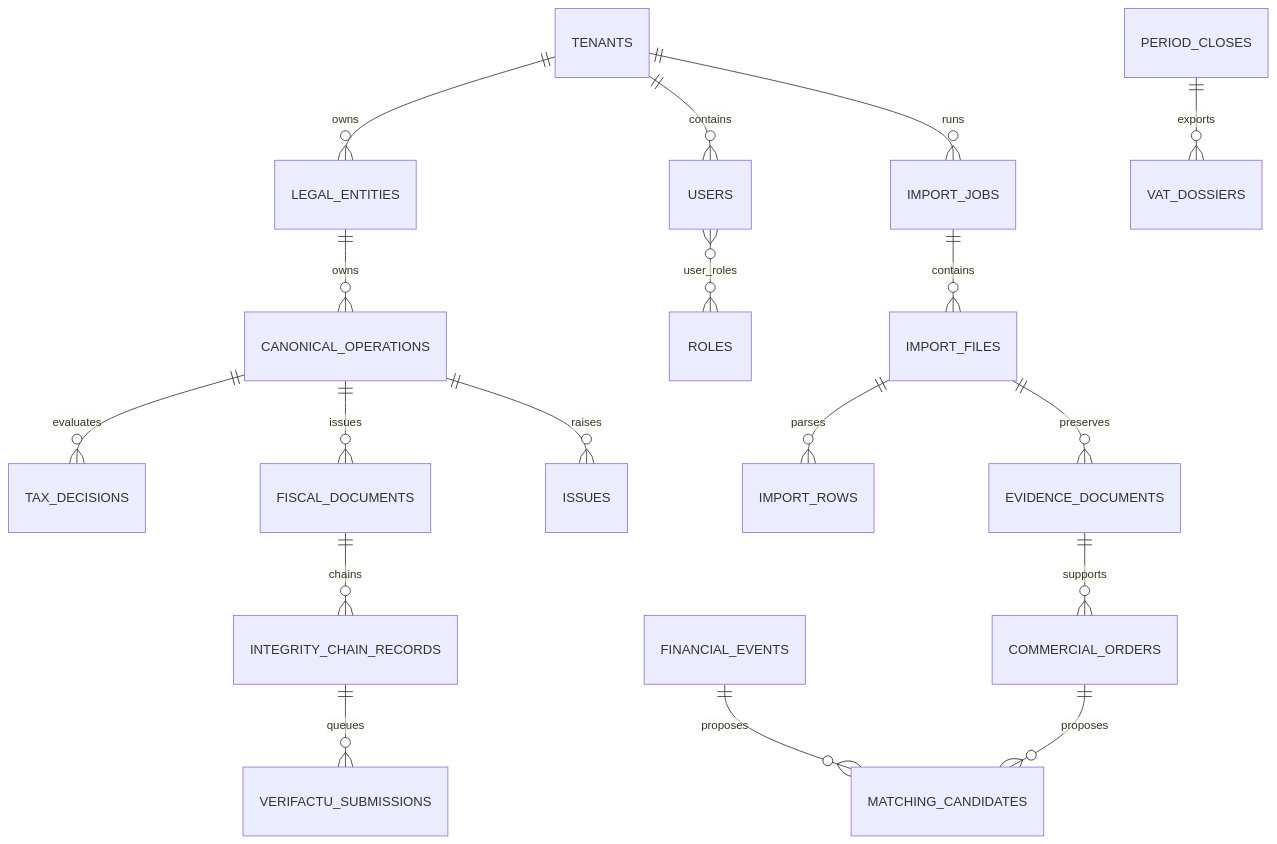
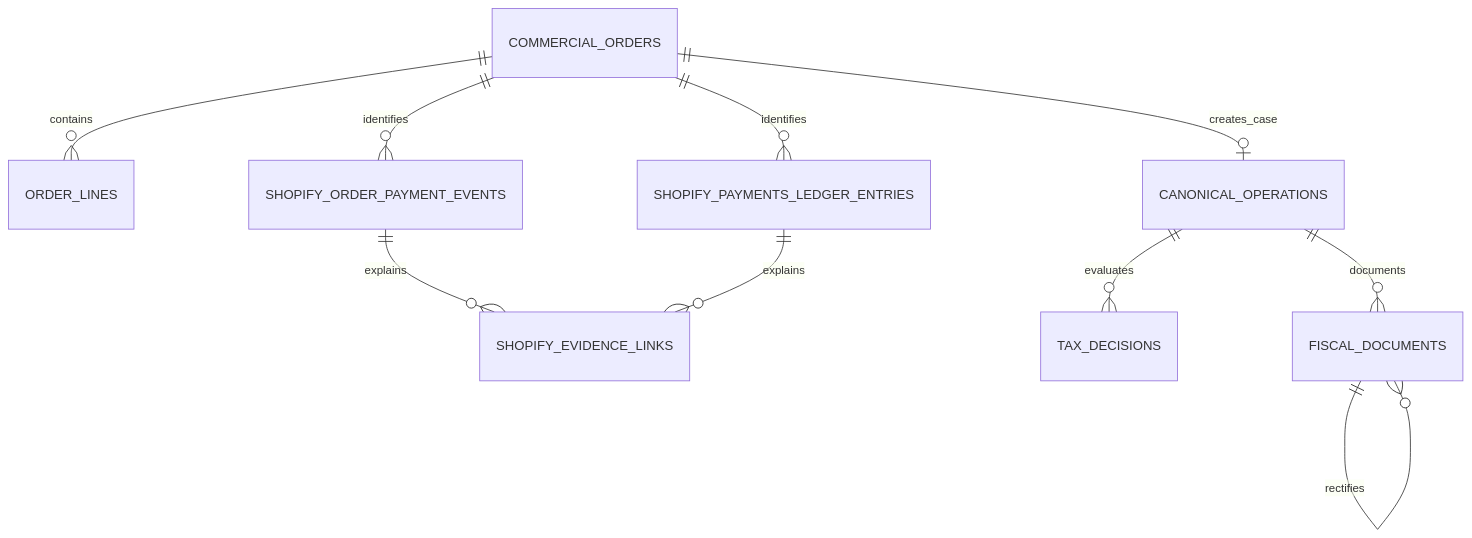
The diagram in docs/data-model.md (ToniIAPro73/anclora-fiscal), drawn with Mermaid before and after one commit. The commit also changed other lines of this file and 16 other files, not shown here.

Commit message:
docs(fiscal): shopify-07 - verify Shopify three-evidence workflow

````diff
--- a/docs/data-model.md
+++ b/docs/data-model.md
@@ -25,20 +25,12 @@
 ```mermaid
 erDiagram
-  TENANTS ||--o{ LEGAL_ENTITIES : owns
-  TENANTS ||--o{ USERS : contains
-  USERS }o--o{ ROLES : user_roles
-  TENANTS ||--o{ IMPORT_JOBS : runs
-  IMPORT_JOBS ||--o{ IMPORT_FILES : contains
-  IMPORT_FILES ||--o{ IMPORT_ROWS : parses
-  IMPORT_FILES ||--o{ EVIDENCE_DOCUMENTS : preserves
-  EVIDENCE_DOCUMENTS ||--o{ COMMERCIAL_ORDERS : supports
-  COMMERCIAL_ORDERS ||--o{ MATCHING_CANDIDATES : proposes
-  FINANCIAL_EVENTS ||--o{ MATCHING_CANDIDATES : proposes
-  LEGAL_ENTITIES ||--o{ CANONICAL_OPERATIONS : owns
+  COMMERCIAL_ORDERS ||--o{ ORDER_LINES : contains
+  COMMERCIAL_ORDERS ||--o{ SHOPIFY_ORDER_PAYMENT_EVENTS : identifies
+  COMMERCIAL_ORDERS ||--o{ SHOPIFY_PAYMENTS_LEDGER_ENTRIES : identifies
+  SHOPIFY_ORDER_PAYMENT_EVENTS ||--o{ SHOPIFY_EVIDENCE_LINKS : explains
+  SHOPIFY_PAYMENTS_LEDGER_ENTRIES ||--o{ SHOPIFY_EVIDENCE_LINKS : explains
+  COMMERCIAL_ORDERS ||--o| CANONICAL_OPERATIONS : creates_case
   CANONICAL_OPERATIONS ||--o{ TAX_DECISIONS : evaluates
-  CANONICAL_OPERATIONS ||--o{ FISCAL_DOCUMENTS : issues
-  CANONICAL_OPERATIONS ||--o{ ISSUES : raises
-  FISCAL_DOCUMENTS ||--o{ INTEGRITY_CHAIN_RECORDS : chains
-  INTEGRITY_CHAIN_RECORDS ||--o{ VERIFACTU_SUBMISSIONS : queues
-  PERIOD_CLOSES ||--o{ VAT_DOSSIERS : exports
+  CANONICAL_OPERATIONS ||--o{ FISCAL_DOCUMENTS : documents
+  FISCAL_DOCUMENTS ||--o{ FISCAL_DOCUMENTS : rectifies
 ```
````
